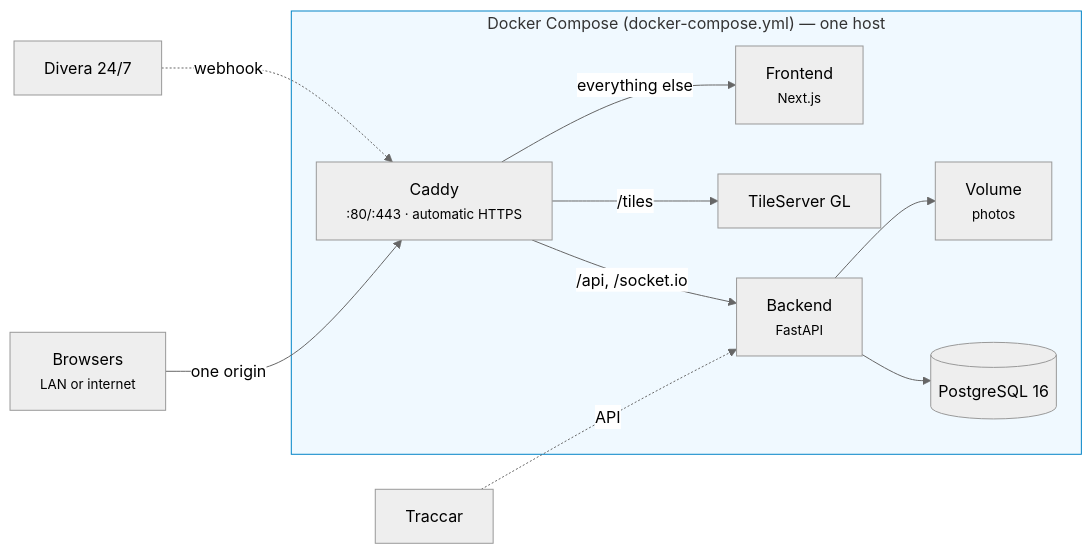
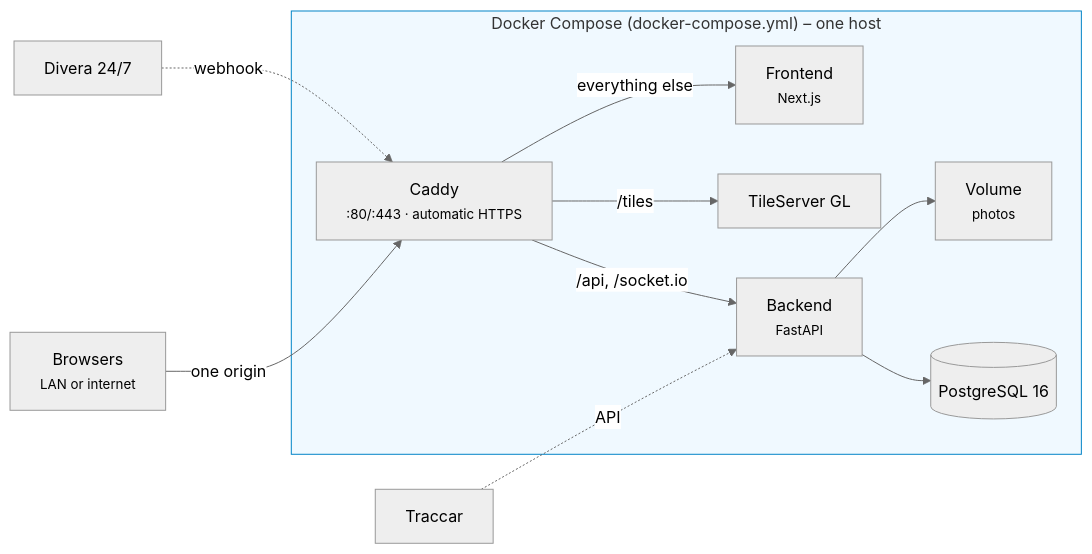
One commit to feuerwehr-oberwil/kp-rueck changed the fourth of 10 diagrams in docs/ARCHITECTURE.md. Above: the diagram before and after it, drawn with Mermaid (neutral theme). The commit also changed other lines of this file and 60 other files, not shown here.

````diff
--- a/docs/ARCHITECTURE.md
+++ b/docs/ARCHITECTURE.md
@@ -217,23 +217,23 @@
 ```mermaid
 graph LR
-    subgraph host["Docker Compose (docker-compose.yml) — one host"]
+    subgraph host["Docker Compose (docker-compose.yml) – one host"]
         caddy["Caddy<br/><small>:80/:443 · automatic HTTPS</small>"]
         fe_prod["Frontend<br/><small>Next.js</small>"]
         be_prod["Backend<br/><small>FastAPI</small>"]
         db_prod[("PostgreSQL 16")]
         tiles_prod["TileServer GL"]
         vol["Volume<br/><small>photos</small>"]
     end
 
     users["Browsers<br/><small>LAN or internet</small>"] -->|one origin| caddy
     caddy -->|"/api, /socket.io"| be_prod
     caddy -->|"/tiles"| tiles_prod
     caddy -->|"everything else"| fe_prod
     be_prod --> db_prod
     be_prod --> vol
 
     divera["Divera 24/7"] -.->|webhook| caddy
     traccar["Traccar"] -.->|API| be_prod
 
     style host fill:#f0f9ff,stroke:#0284c7
 ```
````
